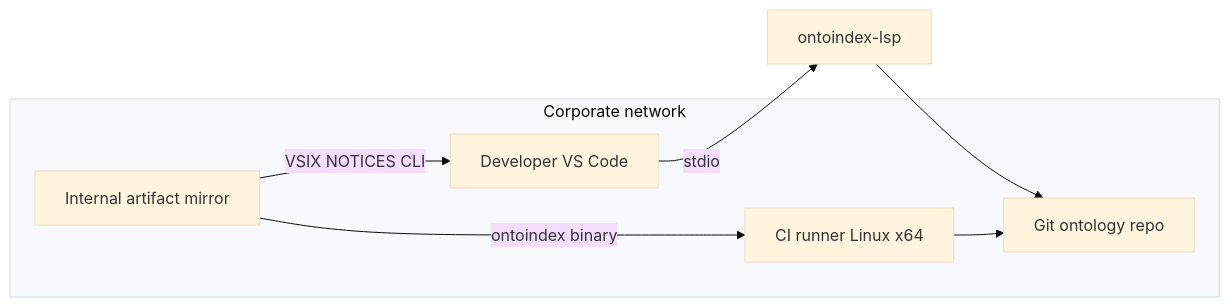
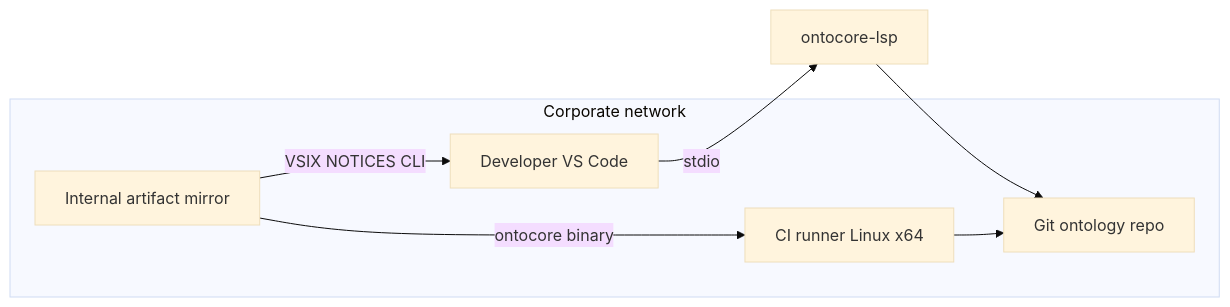
Before and after one commit to eddiethedean/ontocode: the diagram in docs/guides/enterprise-deployment.md, drawn with Mermaid (base theme). The commit also changed other lines of this file and 343 other files, not shown here.

````diff
--- a/docs/guides/enterprise-deployment.md
+++ b/docs/guides/enterprise-deployment.md
@@ -139,14 +139,14 @@
 ```mermaid
 flowchart LR
   subgraph corp [Corporate network]
     Artifactory[Internal artifact mirror]
     Dev[Developer VS Code]
     CI[CI runner Linux x64]
     Git[Git ontology repo]
   end
   Artifactory -->|VSIX NOTICES CLI| Dev
-  Artifactory -->|ontoindex binary| CI
-  Dev -->|stdio| LSP[ontoindex-lsp]
+  Artifactory -->|ontocore binary| CI
+  Dev -->|stdio| LSP[ontocore-lsp]
   LSP --> Git
   CI --> Git
 ```
````
